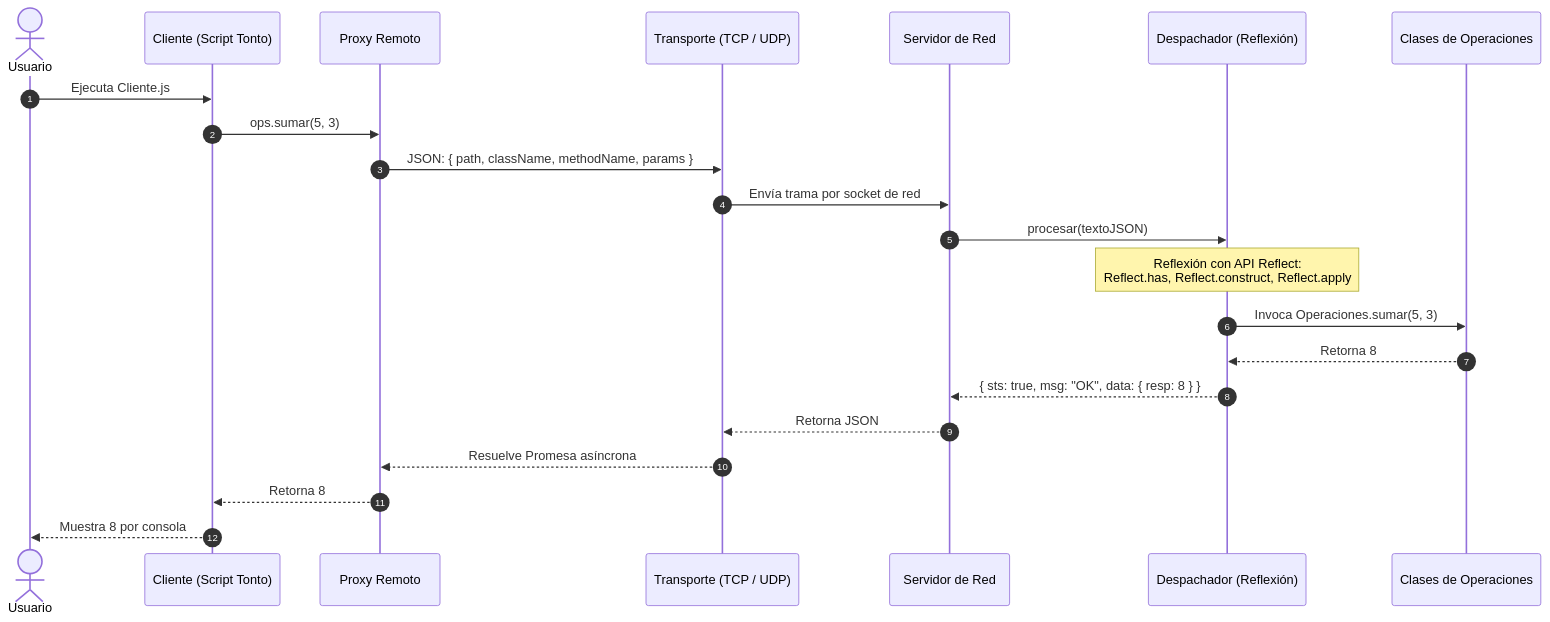
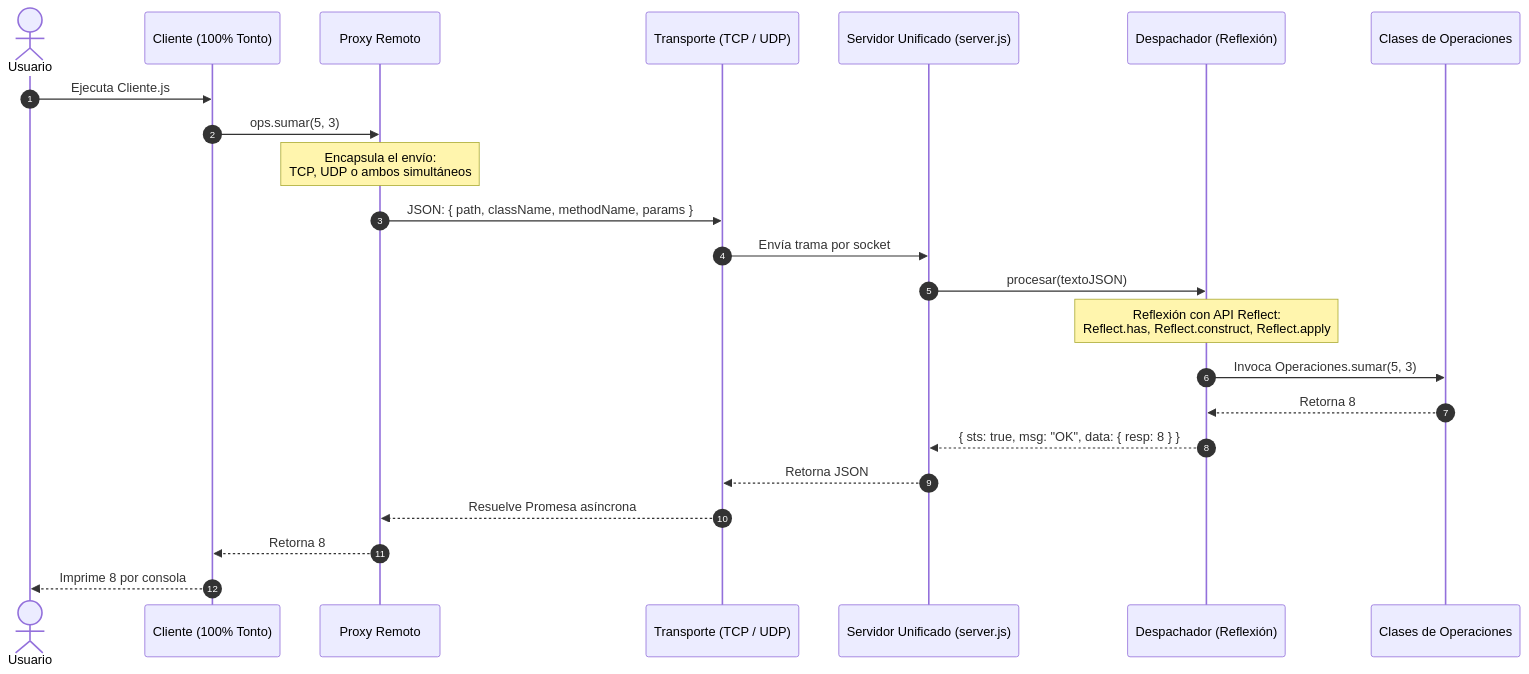
The diagram in calculadora-tcp-udp-main/README.md (Fach0103/calculadora-tcp-udp), drawn with Mermaid before and after one commit. The commit also changed other lines of this file and 8 other files, not shown here.

````diff
--- a/calculadora-tcp-udp-main/README.md
+++ b/calculadora-tcp-udp-main/README.md
@@ -11,25 +14,26 @@
 ```mermaid
 sequenceDiagram
     autonumber
     actor Usuario
-    participant Cliente as Cliente (Script Tonto)
+    participant Cliente as Cliente (100% Tonto)
     participant Proxy as Proxy Remoto
     participant Red as Transporte (TCP / UDP)
-    participant Servidor as Servidor de Red
+    participant Servidor as Servidor Unificado (server.js)
     participant Dispatcher as Despachador (Reflexión)
     participant Negocio as Clases de Operaciones
 
     Usuario->>Cliente: Ejecuta Cliente.js
     Cliente->>Proxy: ops.sumar(5, 3)
+    Note over Proxy: Encapsula el envío:<br/>TCP, UDP o ambos simultáneos
     Proxy->>Red: JSON: { path, className, methodName, params }
-    Red->>Servidor: Envía trama por socket de red
+    Red->>Servidor: Envía trama por socket
     Servidor->>Dispatcher: procesar(textoJSON)
     Note over Dispatcher: Reflexión con API Reflect:<br/>Reflect.has, Reflect.construct, Reflect.apply
     Dispatcher->>Negocio: Invoca Operaciones.sumar(5, 3)
     Negocio-->>Dispatcher: Retorna 8
     Dispatcher-->>Servidor: { sts: true, msg: "OK", data: { resp: 8 } }
     Servidor-->>Red: Retorna JSON
     Red-->>Proxy: Resuelve Promesa asíncrona
     Proxy-->>Cliente: Retorna 8
-    Cliente-->>Usuario: Muestra 8 por consola
+    Cliente-->>Usuario: Imprime 8 por consola
 ```
````
